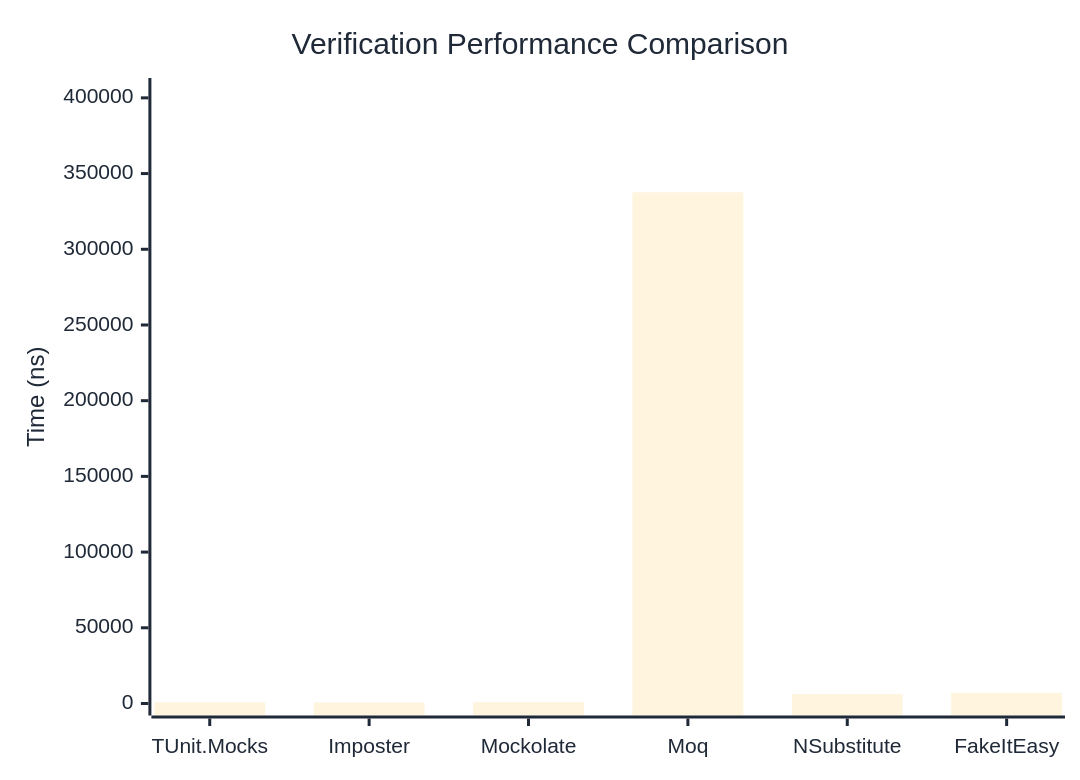
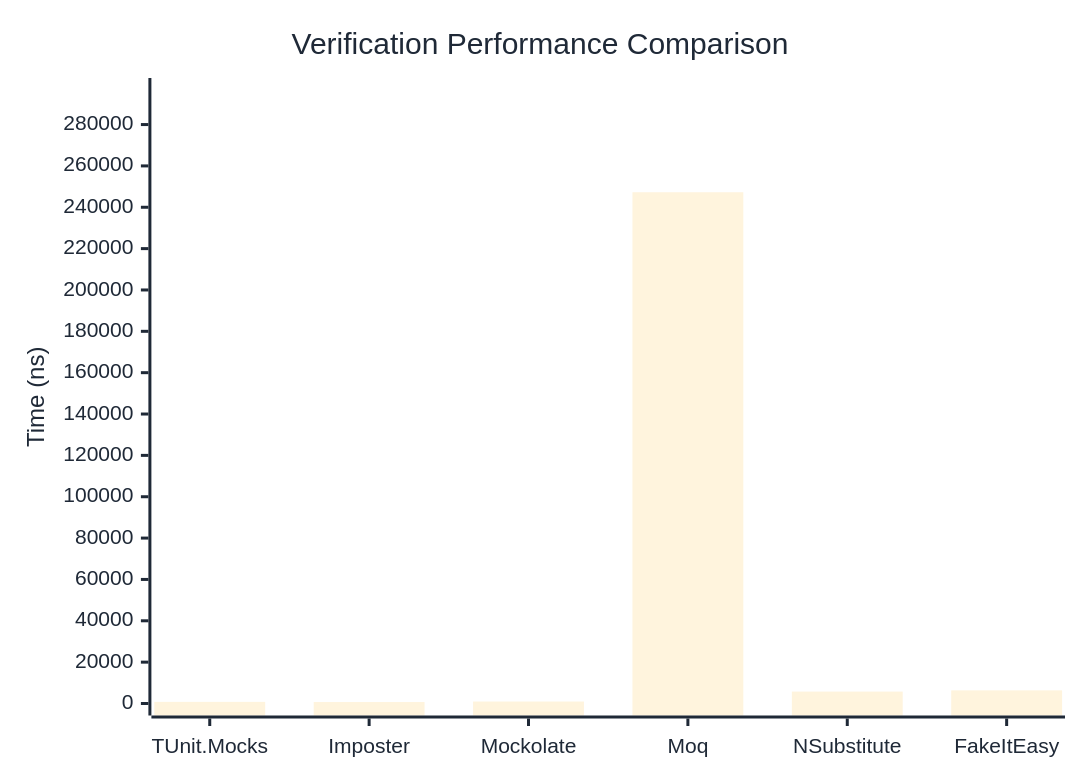
One commit to thomhurst/TUnit changed the first of 3 diagrams in docs/docs/benchmarks/mocks/Verification.md. Above: the diagram before and after it, drawn with Mermaid. The commit also changed other lines of this file and 14 other files, not shown here.

````diff
--- a/docs/docs/benchmarks/mocks/Verification.md
+++ b/docs/docs/benchmarks/mocks/Verification.md
@@ -28,27 +28,27 @@
 ```mermaid
 %%{init: {
   'theme':'base',
   'themeVariables': {
     'primaryColor': '#2563eb',
     'primaryTextColor': '#1f2937',
     'primaryBorderColor': '#1e40af',
     'lineColor': '#6b7280',
     'secondaryColor': '#7c3aed',
     'tertiaryColor': '#dc2626',
     'background': '#ffffff',
     'pie1': '#2563eb',
     'pie2': '#7c3aed',
     'pie3': '#dc2626',
     'pie4': '#f59e0b',
     'pie5': '#10b981',
     'pie6': '#06b6d4',
     'pie7': '#ec4899',
     'pie8': '#6366f1'
   }
 }}%%
 xychart-beta
   title "Verification Performance Comparison"
   x-axis ["TUnit.Mocks", "Imposter", "Mockolate", "Moq", "NSubstitute", "FakeItEasy"]
-  y-axis "Time (ns)" 0 --> 405192
-  bar [747.01, 670.44, 904.99, 337659.45, 6271.24, 7057.8]
+  y-axis "Time (ns)" 0 --> 296714
+  bar [783.75, 705.73, 946.62, 247261.4, 5765.54, 6349.67]
 ```
````
